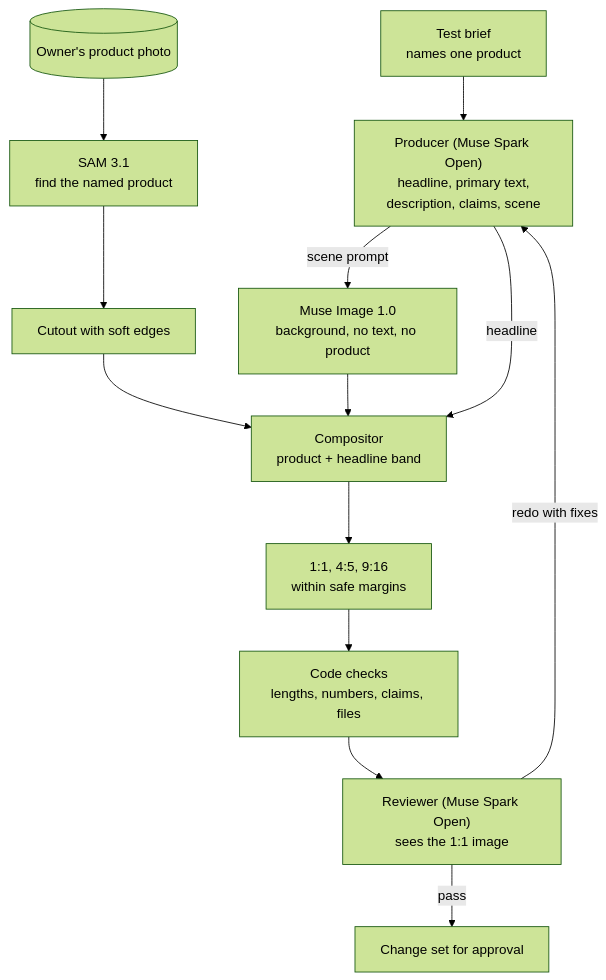
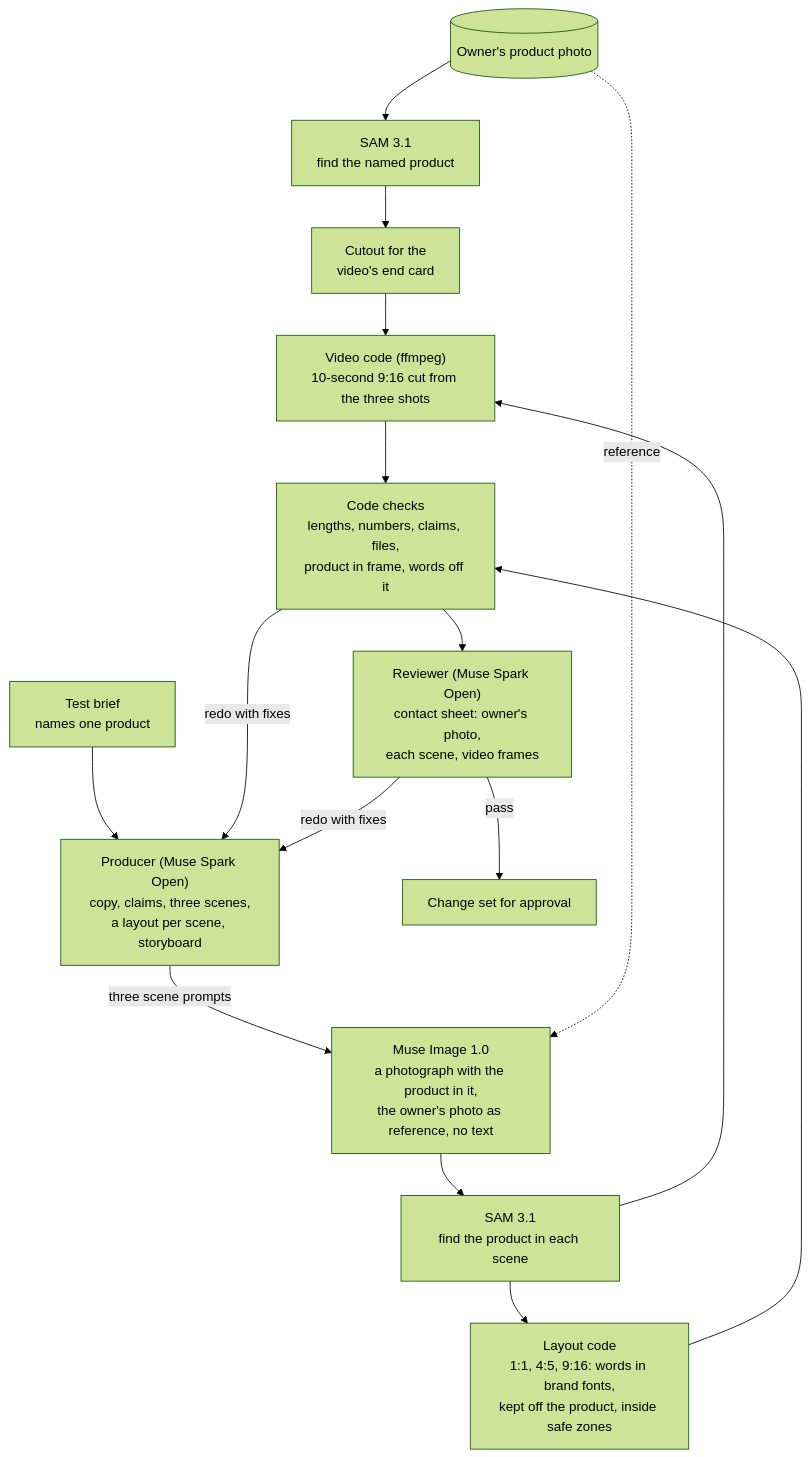
Before and after one commit to Jieyi-Deng/agent-beans: the second of 2 diagrams in docs/meta-models.md, drawn with Mermaid (forest theme). The commit also changed other lines of this file and 282 other files, not shown here.

````diff
--- a/docs/meta-models.md
+++ b/docs/meta-models.md
@@ -66,14 +66,17 @@
 ```mermaid
 flowchart TB
-    brief["Test brief<br/>names one product"] --> prod["Producer (Muse Spark Open)<br/>headline, primary text,<br/>description, claims, scene"]
-    photo[("Owner's product photo")] --> sam["SAM 3.1<br/>find the named product"]
-    sam --> cut["Cutout with soft edges"]
-    prod -- "scene prompt" --> mi["Muse Image 1.0<br/>background, no text, no product"]
-    cut & mi --> comp["Compositor<br/>product + headline band"]
-    prod -- "headline" --> comp
-    comp --> sizes["1:1, 4:5, 9:16<br/>within safe margins"]
-    sizes --> code["Code checks<br/>lengths, numbers, claims, files"]
-    code --> vis["Reviewer (Muse Spark Open)<br/>sees the 1:1 image"]
+    photo[("Owner's product photo")] --> sam1["SAM 3.1<br/>find the named product"]
+    sam1 --> cut["Cutout for the<br/>video's end card"]
+    brief["Test brief<br/>names one product"] --> prod["Producer (Muse Spark Open)<br/>copy, claims, three scenes,<br/>a layout per scene, storyboard"]
+    prod -- "three scene prompts" --> mi["Muse Image 1.0<br/>a photograph with the product in it,<br/>the owner's photo as reference, no text"]
+    photo -.->|"reference"| mi
+    mi --> sam2["SAM 3.1<br/>find the product in each scene"]
+    sam2 --> lay["Layout code<br/>1:1, 4:5, 9:16: words in brand fonts,<br/>kept off the product, inside safe zones"]
+    sam2 --> vid["Video code (ffmpeg)<br/>10-second 9:16 cut from the three shots"]
+    cut --> vid
+    lay & vid --> code["Code checks<br/>lengths, numbers, claims, files,<br/>product in frame, words off it"]
+    code --> vis["Reviewer (Muse Spark Open)<br/>contact sheet: owner's photo,<br/>each scene, video frames"]
+    code -- "redo with fixes" --> prod
     vis -- "redo with fixes" --> prod
     vis -- "pass" --> cs["Change set for approval"]
 ```
````
